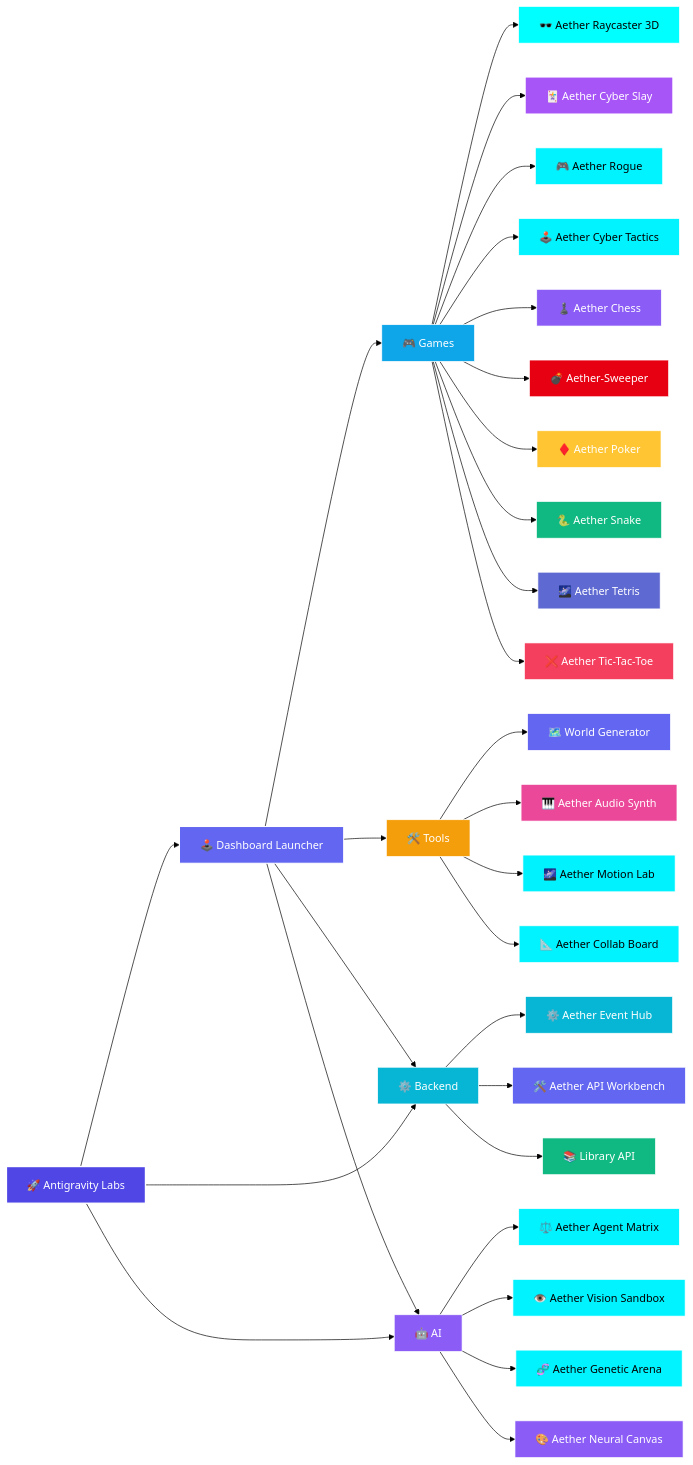
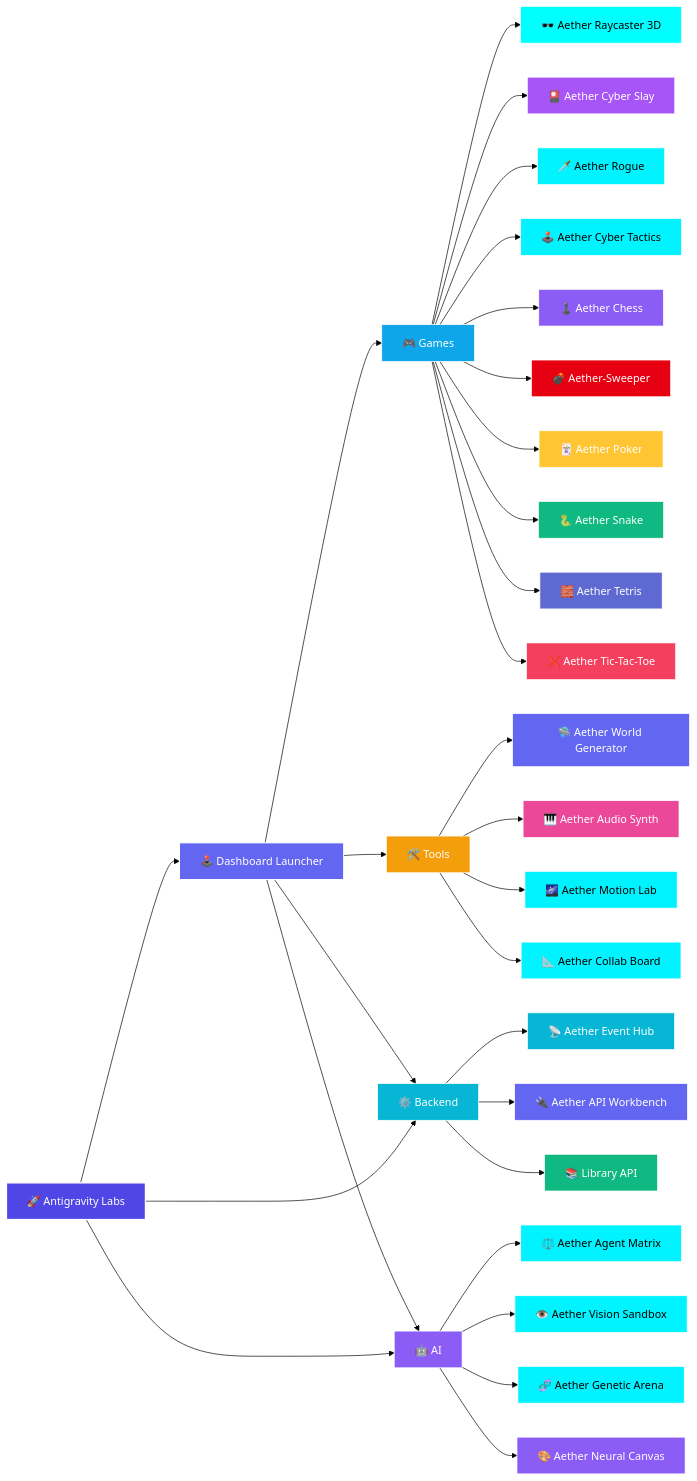
Before and after one commit to Leturnos/antigravity-labs: the diagram in README.md, drawn with Mermaid (forest theme). The commit also changed other lines of this file and 32 other files, not shown here.

````diff
--- a/README.md
+++ b/README.md
@@ -46,67 +46,67 @@
 ```mermaid
 flowchart LR
     Root["🚀 Antigravity Labs"]
     Launcher["🕹️ Dashboard Launcher"]
 
     Root --> Launcher
     Root --> Backend["⚙️ Backend"]
     Root --> AI["🤖 AI"]
 
     Launcher --> Games["🎮 Games"]
     Launcher --> Tools["🛠️ Tools"]
     Launcher --> AI["🤖 AI"]
     Launcher --> Backend["⚙️ Backend"]
 
     Games --> Raycaster["🕶️ Aether Raycaster 3D"]
-    Games --> CyberSlay["🃏 Aether Cyber Slay"]
-    Games --> Rogue["🎮 Aether Rogue"]
+    Games --> CyberSlay["🎴 Aether Cyber Slay"]
+    Games --> Rogue["🗡️ Aether Rogue"]
     Games --> Tactics["🕹️ Aether Cyber Tactics"]
     Games --> Chess["♟️ Aether Chess"]
     Games --> Sweeper["💣 Aether-Sweeper"]
-    Games --> Poker["♦️ Aether Poker"]
+    Games --> Poker["🃏 Aether Poker"]
     Games --> Snake["🐍 Aether Snake"]
-    Games --> Tetris["🌌 Aether Tetris"]
+    Games --> Tetris["🧱 Aether Tetris"]
     Games --> TicTacToe["❌ Aether Tic-Tac-Toe"]
 
-    Backend --> EventHub["⚙️ Aether Event Hub"]
-    Backend --> APIWorkbench["🛠️ Aether API Workbench"]
+    Backend --> EventHub["📡 Aether Event Hub"]
+    Backend --> APIWorkbench["🔌 Aether API Workbench"]
     Backend --> LibraryAPI["📚 Library API"]
     
-    Tools --> WorldGen["🗺️ World Generator"]
+    Tools --> WorldGen["🛸 Aether World Generator"]
     Tools --> AudioSynth["🎹 Aether Audio Synth"]
     Tools --> MotionLab["🌌 Aether Motion Lab"]
     Tools --> CollabBoard["📐 Aether Collab Board"]
 
     AI --> AgentMatrix["⚖️ Aether Agent Matrix"]
     AI --> VisionSandbox["👁️ Aether Vision Sandbox"]
     AI --> GeneticArena["🧬 Aether Genetic Arena"]
     AI --> NeuralCanvas["🎨 Aether Neural Canvas"]
 
     style Root fill:#4f46e5,stroke:#fff,stroke-width:2px,color:#fff
     style Launcher fill:#6366f1,stroke:#fff,stroke-width:1.5px,color:#fff
     style Games fill:#0ea5e9,stroke:#fff,stroke-width:1px,color:#fff
     style Backend fill:#06b6d4,stroke:#fff,stroke-width:1px,color:#fff
     style AI fill:#8b5cf6,stroke:#fff,stroke-width:1px,color:#fff
     style Tools fill:#f59e0b,stroke:#fff,stroke-width:1px,color:#fff
     style Raycaster fill:#00ffff,stroke:#fff,stroke-width:1px,color:#000
     style CyberSlay fill:#a855f7,stroke:#fff,stroke-width:1px,color:#fff
     style Rogue fill:#00f3ff,stroke:#fff,stroke-width:1px,color:#000
     style Tactics fill:#00f3ff,stroke:#fff,stroke-width:1px,color:#000
     style Chess fill:#8b5cf6,stroke:#fff,stroke-width:1px,color:#fff
     style Sweeper fill:#e60012,stroke:#fff,stroke-width:1px,color:#fff
     style Poker fill:#ffc533,stroke:#fff,stroke-width:1px,color:#fff
     style Snake fill:#10b981,stroke:#fff,stroke-width:1px,color:#fff
     style Tetris fill:#5e6ad2,stroke:#fff,stroke-width:1px,color:#fff
     style TicTacToe fill:#f43f5e,stroke:#fff,stroke-width:1px,color:#fff
     style EventHub fill:#06b6d4,stroke:#fff,stroke-width:1px,color:#fff
     style APIWorkbench fill:#6366f1,stroke:#fff,stroke-width:1px,color:#fff
     style LibraryAPI fill:#10b981,stroke:#fff,stroke-width:1px,color:#fff
     style WorldGen fill:#6366f1,stroke:#fff,stroke-width:1px,color:#fff
     style AudioSynth fill:#ec4899,stroke:#fff,stroke-width:1px,color:#fff
     style MotionLab fill:#00f2fe,stroke:#fff,stroke-width:1px,color:#000
     style CollabBoard fill:#00f3ff,stroke:#fff,stroke-width:1px,color:#000
     style AgentMatrix fill:#00f3ff,stroke:#fff,stroke-width:1px,color:#000
     style VisionSandbox fill:#00f3ff,stroke:#fff,stroke-width:1px,color:#000
     style GeneticArena fill:#00f3ff,stroke:#fff,stroke-width:1px,color:#000
     style NeuralCanvas fill:#8b5cf6,stroke:#fff,stroke-width:1px,color:#fff
 ```
````
